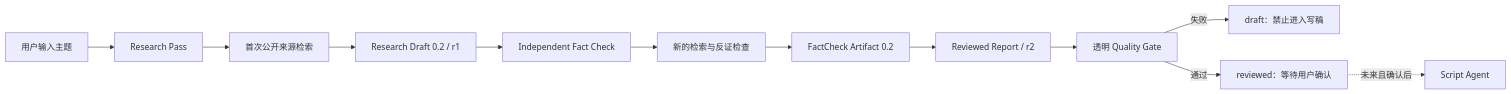
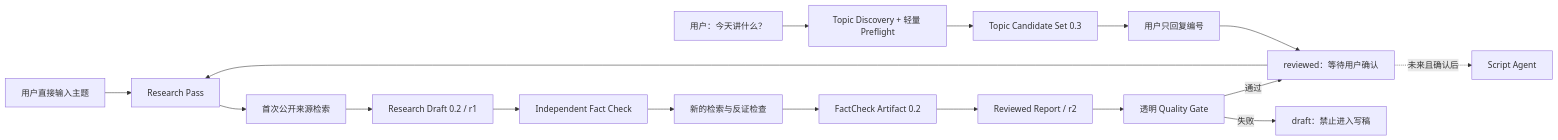
Before and after one commit to HWang0310/deep-talk-studio: the diagram in docs/ARCHITECTURE.md, drawn with Mermaid. The commit also changed other lines of this file and 38 other files, not shown here.

````diff
--- a/docs/ARCHITECTURE.md
+++ b/docs/ARCHITECTURE.md
@@ -9,14 +9,19 @@
 ```mermaid
 flowchart LR
-    U["用户输入主题"] --> R["Research Pass"]
+    U["用户直接输入主题"] --> R["Research Pass"]
+    B["用户：今天讲什么？"] --> TD["Topic Discovery + 轻量 Preflight"]
+    TD --> TC["Topic Candidate Set 0.3"]
+    TC --> C["用户只回复编号"]
+    C --> H["Research Handoff Brief 0.3"]
+    H --> R
     R --> W1["首次公开来源检索"]
     W1 --> D1["Research Draft 0.2 / r1"]
     D1 --> F["Independent Fact Check"]
     F --> W2["新的检索与反证检查"]
     W2 --> A["FactCheck Artifact 0.2"]
     A --> D2["Reviewed Report / r2"]
     D2 --> Q["透明 Quality Gate"]
     Q -->|失败| X["draft：禁止进入写稿"]
     Q -->|通过| H["reviewed：等待用户确认"]
     H -.未来且确认后.-> S["Script Agent"]
 ```
````
